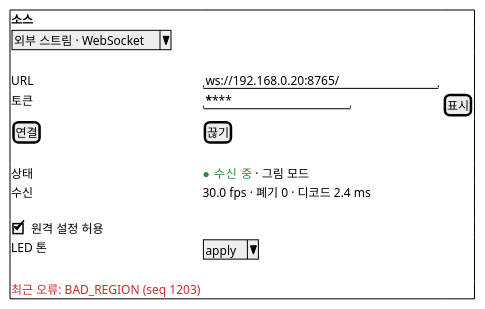
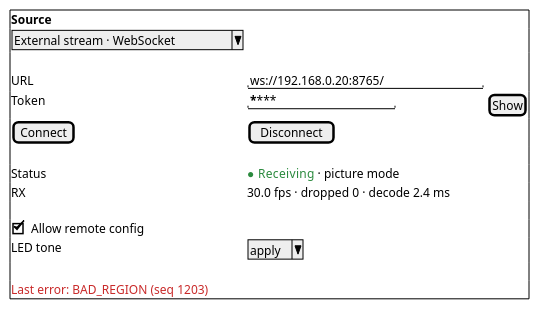
The fifth of 5 diagrams in docs/source-interface.md (jujuroa/ledboard), drawn with PlantUML before and after one commit. The commit also changed other lines of this file and 7 other files, not shown here.

````diff
--- a/docs/source-interface.md
+++ b/docs/source-interface.md
@@ -503,20 +505,20 @@
 ```plantuml
 @startsalt
 {+
-  <b>소스
-  { ^외부 스트림 · WebSocket^ }
+  <b>Source
+  { ^External stream · WebSocket^ }
   .
   URL     | "ws://192.168.0.20:8765/      "
-  토큰    | "********          " | [표시]
-  [연결] | [끊기]
+  Token   | "********          " | [Show]
+  [Connect] | [Disconnect]
   .
-  상태    | <color:#2b8a3e>● 수신 중</color> · 그림 모드
-  수신    | 30.0 fps · 폐기 0 · 디코드 2.4 ms
+  Status  | <color:#2b8a3e>● Receiving</color> · picture mode
+  RX      | 30.0 fps · dropped 0 · decode 2.4 ms
   .
-  [X] 원격 설정 허용
-  LED 톤  | { ^apply^ }
+  [X] Allow remote config
+  LED tone | { ^apply^ }
   .
-  <color:#c92a2a>최근 오류: BAD_REGION (seq 1203)</color>
+  <color:#c92a2a>Last error: BAD_REGION (seq 1203)</color>
 }
 @endsalt
 ```
````
